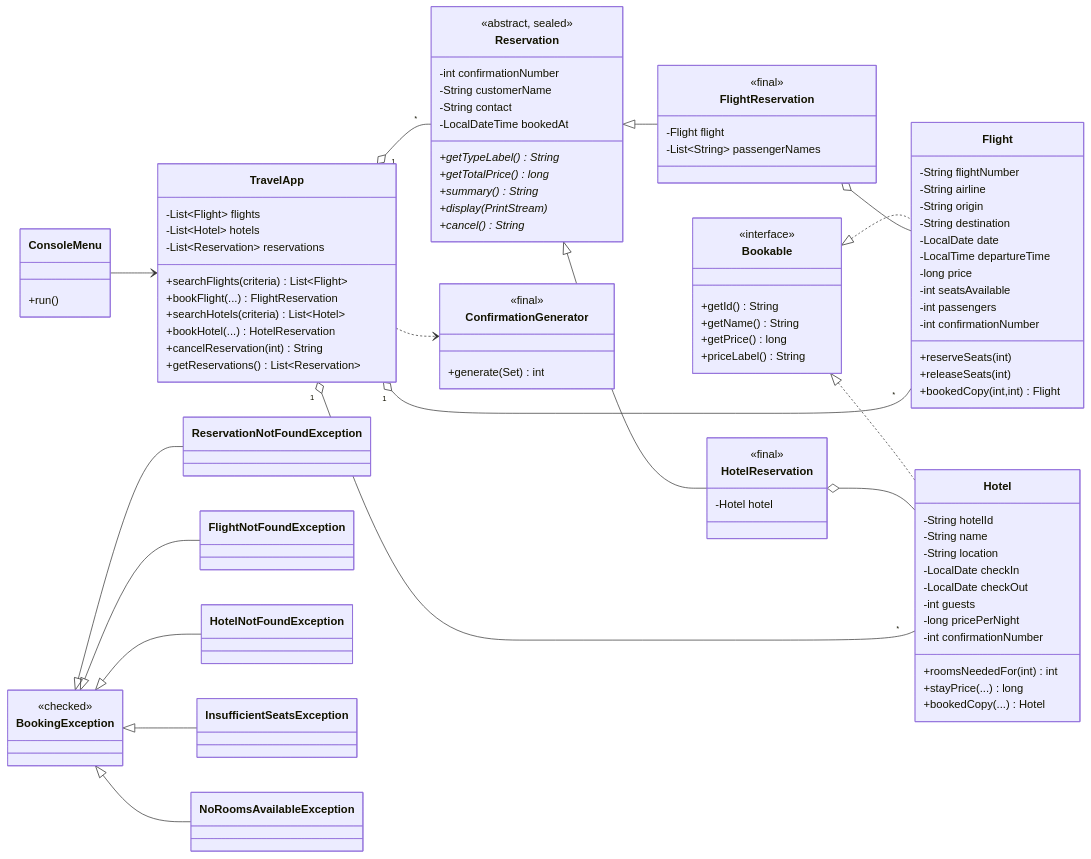
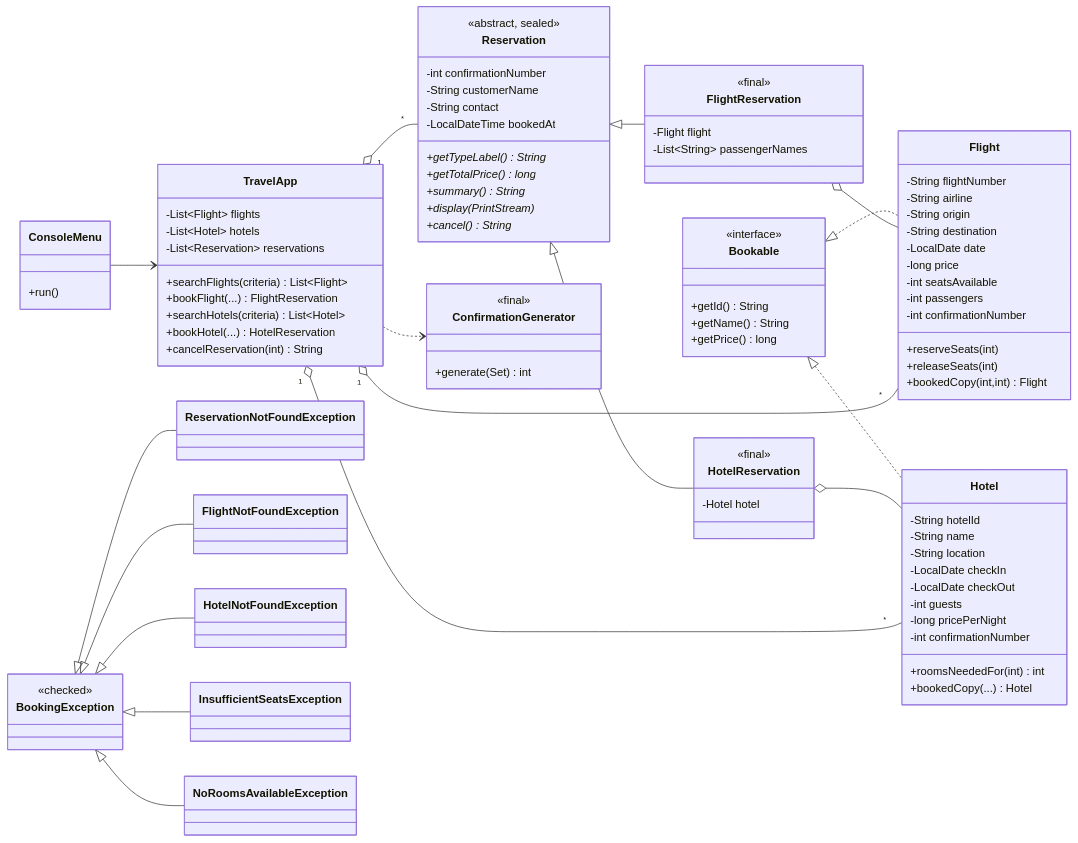
Before and after one commit to radhitiyasaputra99-coder/gaskeun: the diagram in README.md, drawn with Mermaid. The commit also changed other lines of this file, not shown here.

```diff
--- a/README.md
+++ b/README.md
@@ -71,7 +83,6 @@
         +getId() String
         +getName() String
         +getPrice() long
-        +priceLabel() String
     }
     class Flight {
         -String flightNumber
@@ -79,7 +90,6 @@
         -String origin
         -String destination
         -LocalDate date
-        -LocalTime departureTime
         -long price
         -int seatsAvailable
         -int passengers
@@ -98,7 +108,6 @@
         -long pricePerNight
         -int confirmationNumber
         +roomsNeededFor(int) int
-        +stayPrice(...) long
         +bookedCopy(...) Hotel
     }
     class Reservation {
@@ -131,7 +140,6 @@
         +searchHotels(criteria) List~Hotel~
         +bookHotel(...) HotelReservation
         +cancelReservation(int) String
-        +getReservations() List~Reservation~
     }
     class ConfirmationGenerator {
         <<final>>
```
